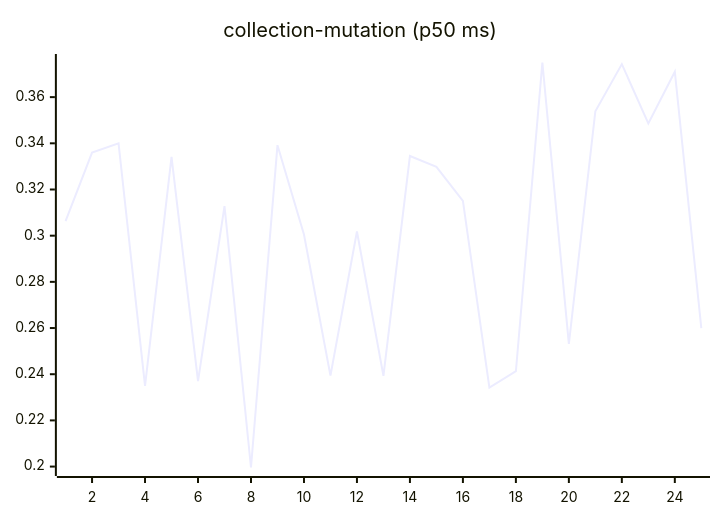
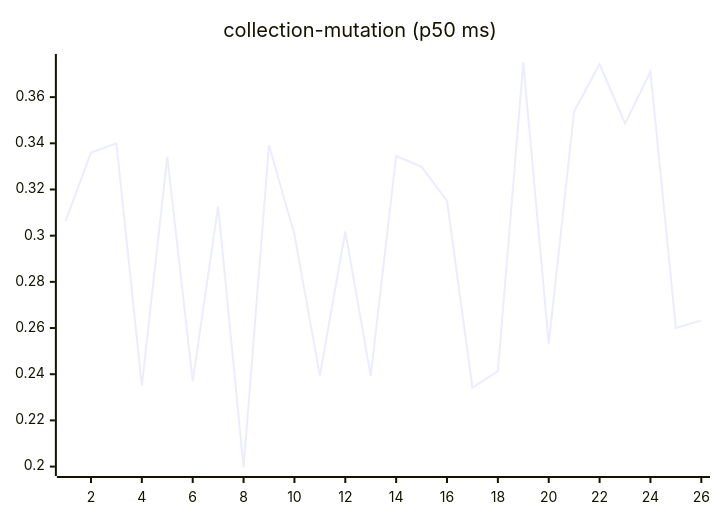
The sixth of 27 diagrams in README.md (josha/Facet), drawn with Mermaid before and after one commit. The commit also changed other lines of this file and 2 other files, not shown here.

````diff
--- a/README.md
+++ b/README.md
@@ -98,6 +98,6 @@
 ```mermaid
 xychart-beta
     title "collection-mutation (p50 ms)"
-    x-axis 1 --> 25
-    line [0.3063, 0.3360, 0.3400, 0.2349, 0.3341, 0.2370, 0.3128, 0.1996, 0.3392, 0.3005, 0.2394, 0.3018, 0.2393, 0.3345, 0.3298, 0.3151, 0.2342, 0.2413, 0.3750, 0.2531, 0.3539, 0.3743, 0.3486, 0.3710, 0.2600]
+    x-axis 1 --> 26
+    line [0.3063, 0.3360, 0.3400, 0.2349, 0.3341, 0.2370, 0.3128, 0.1996, 0.3392, 0.3005, 0.2394, 0.3018, 0.2393, 0.3345, 0.3298, 0.3151, 0.2342, 0.2413, 0.3750, 0.2531, 0.3539, 0.3743, 0.3486, 0.3710, 0.2600, 0.2633]
 ```
````
